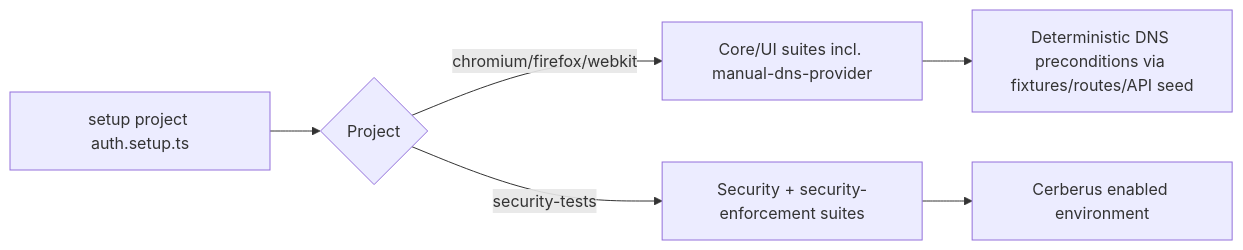
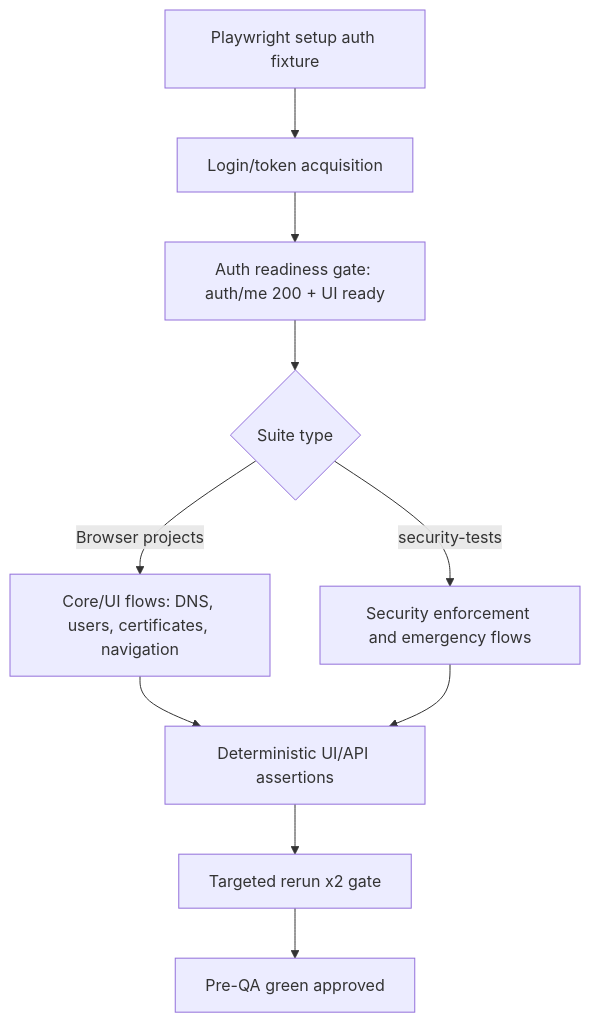
One commit to Wikid82/Charon changed the diagram in docs/plans/current_spec.md. Above: the diagram before and after it, drawn with Mermaid. The commit also changed other lines of this file and 11 other files, not shown here.

Commit message:
fix: enhance authentication flow and session management in AuthHandler and middleware

````diff
--- a/docs/plans/current_spec.md
+++ b/docs/plans/current_spec.md
@@ -120,8 +201,12 @@
 ```mermaid
-flowchart LR
-  A[setup project auth.setup.ts] --> B{Project}
-  B -->|chromium/firefox/webkit| C[Core/UI suites incl. manual-dns-provider]
-  B -->|security-tests| D[Security + security-enforcement suites]
-  C --> E[Deterministic DNS preconditions via fixtures/routes/API seed]
-  D --> F[Cerberus enabled environment]
+flowchart TD
+  A[Playwright setup auth fixture] --> B[Login/token acquisition]
+  B --> C[Auth readiness gate: auth/me 200 + UI ready]
+  C --> D{Suite type}
+  D -->|Browser projects| E[Core/UI flows: DNS, users, certificates, navigation]
+  D -->|security-tests| F[Security enforcement and emergency flows]
+  E --> G[Deterministic UI/API assertions]
+  F --> G
+  G --> H[Targeted rerun x2 gate]
+  H --> I[Pre-QA green approved]
 ```
````
